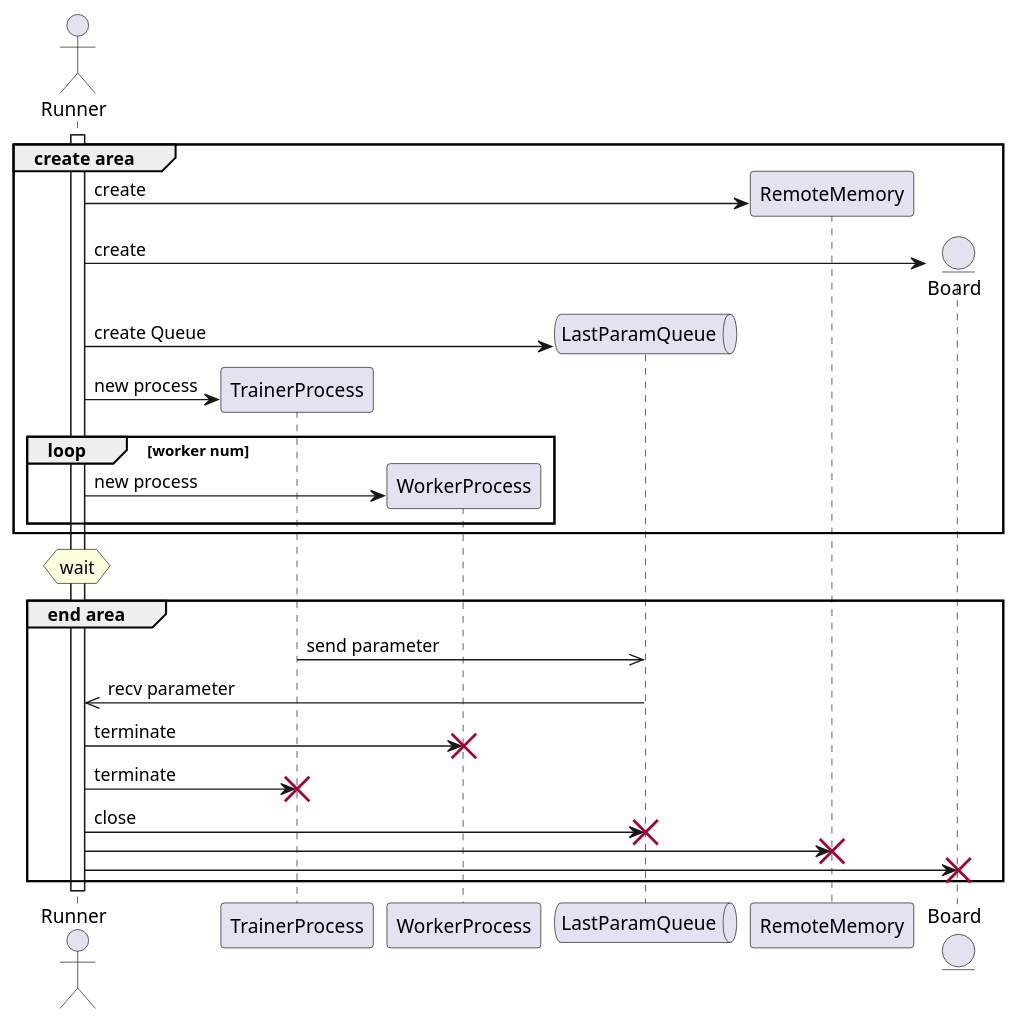
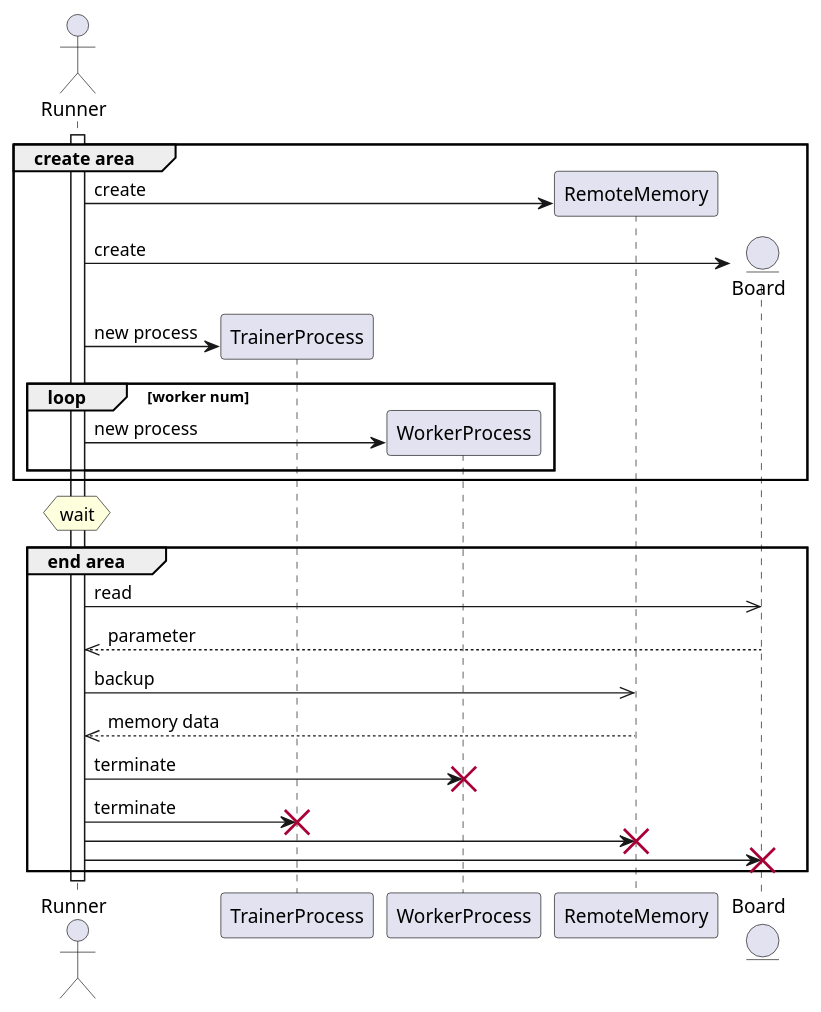
Before and after one commit to pocokhc/simple_distributed_rl: the diagram in diagrams/runner_mp_flow.pu, drawn with PlantUML. The commit also changed 130 other files, not shown here.

```diff
--- a/diagrams/runner_mp_flow.pu
+++ b/diagrams/runner_mp_flow.pu
@@ -1,43 +1,43 @@
 @startuml
 actor Runner
 participant TrainerProcess
 participant WorkerProcess
-queue LastParamQueue
 participant RemoteMemory
 entity Board
 
 
 
 activate Runner
 
 group create area
     Runner -> RemoteMemory ** : create
     Runner -> Board ** : create
-    Runner -> LastParamQueue ** : create Queue
 
     Runner -> TrainerProcess ** : new process
     loop worker num
         Runner -> WorkerProcess ** : new process
     end
 end
 
 
 hnote over Runner : wait
 
 
 group end area
 
-    TrainerProcess ->> LastParamQueue: send parameter
-    LastParamQueue ->> Runner: recv parameter
+    Runner ->> Board: read
+    return parameter
+
+    Runner ->> RemoteMemory: backup
+    return memory data
 
     Runner -> WorkerProcess !! : terminate
     Runner -> TrainerProcess !! : terminate
-    Runner -> LastParamQueue !! : close
     Runner -> RemoteMemory !!
     Runner -> Board !!
 
 end
 
 deactivate Runner
 
 @enduml
```
